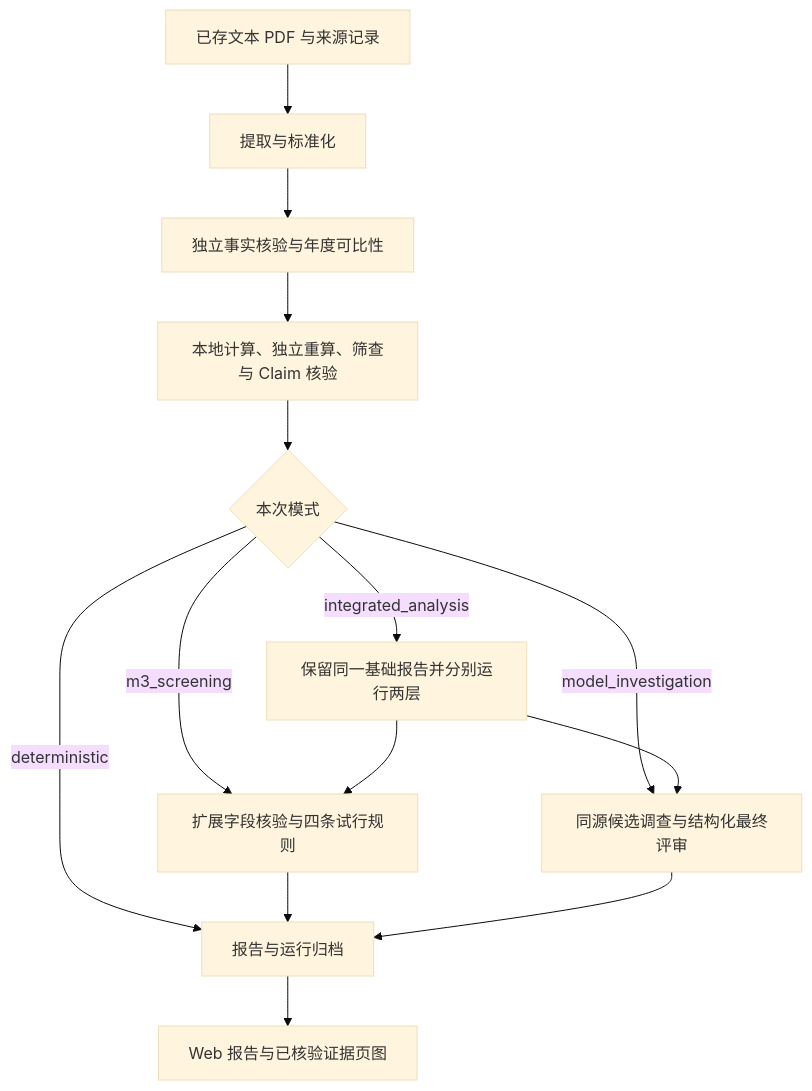
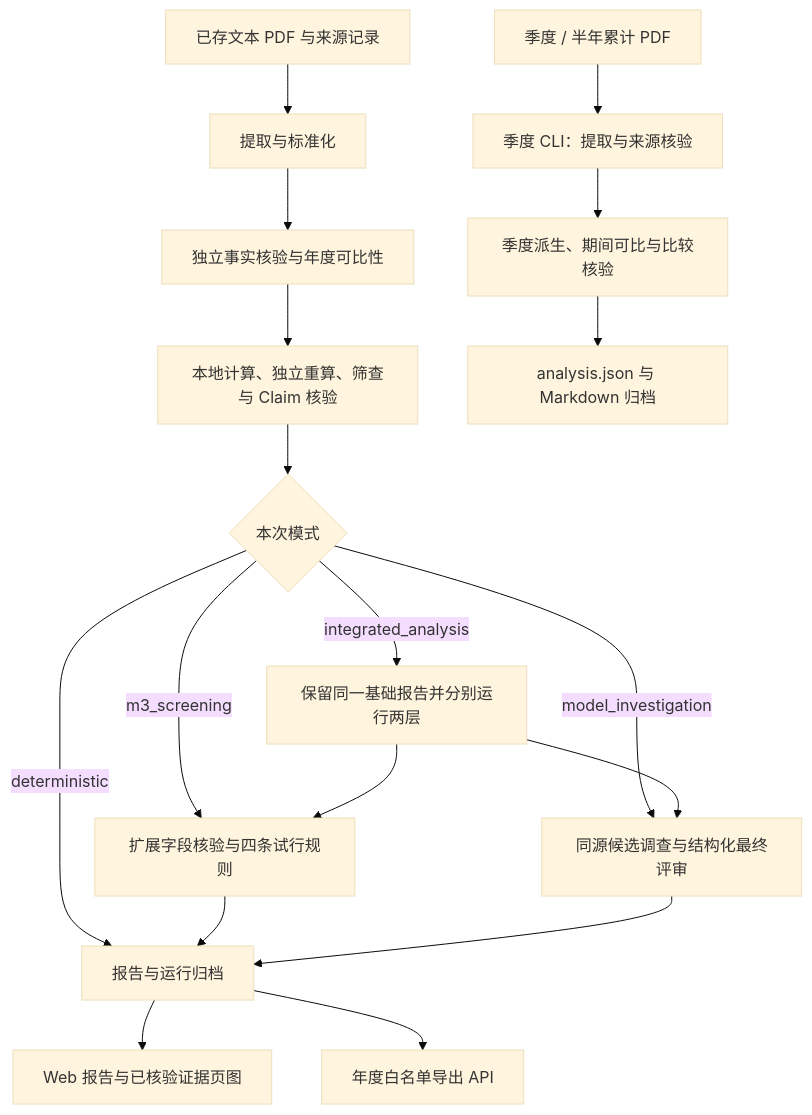
The diagram in docs/architecture.md (Waterfak3r/financial-ai-competition), drawn with Mermaid (base theme) before and after one commit. The commit also changed other lines of this file and 26 other files, not shown here.

````diff
--- a/docs/architecture.md
+++ b/docs/architecture.md
@@ -9,16 +9,20 @@
 ```mermaid
 flowchart TD
     A["已存文本 PDF 与来源记录"] --> B["提取与标准化"]
     B --> C["独立事实核验与年度可比性"]
     C --> D["本地计算、独立重算、筛查与 Claim 核验"]
     D --> E{"本次模式"}
     E -->|deterministic| H["报告与运行归档"]
     E -->|m3_screening| F["扩展字段核验与四条试行规则"]
     F --> H
     E -->|model_investigation| G["同源候选调查与结构化最终评审"]
     G --> H
     E -->|integrated_analysis| J["保留同一基础报告并分别运行两层"]
     J --> F
     J --> G
     H --> I["Web 报告与已核验证据页图"]
+    H --> X["年度白名单导出 API"]
+    Q0["季度 / 半年累计 PDF"] --> Q1["季度 CLI：提取与来源核验"]
+    Q1 --> Q2["季度派生、期间可比与比较核验"]
+    Q2 --> Q3["analysis.json 与 Markdown 归档"]
 ```
````
